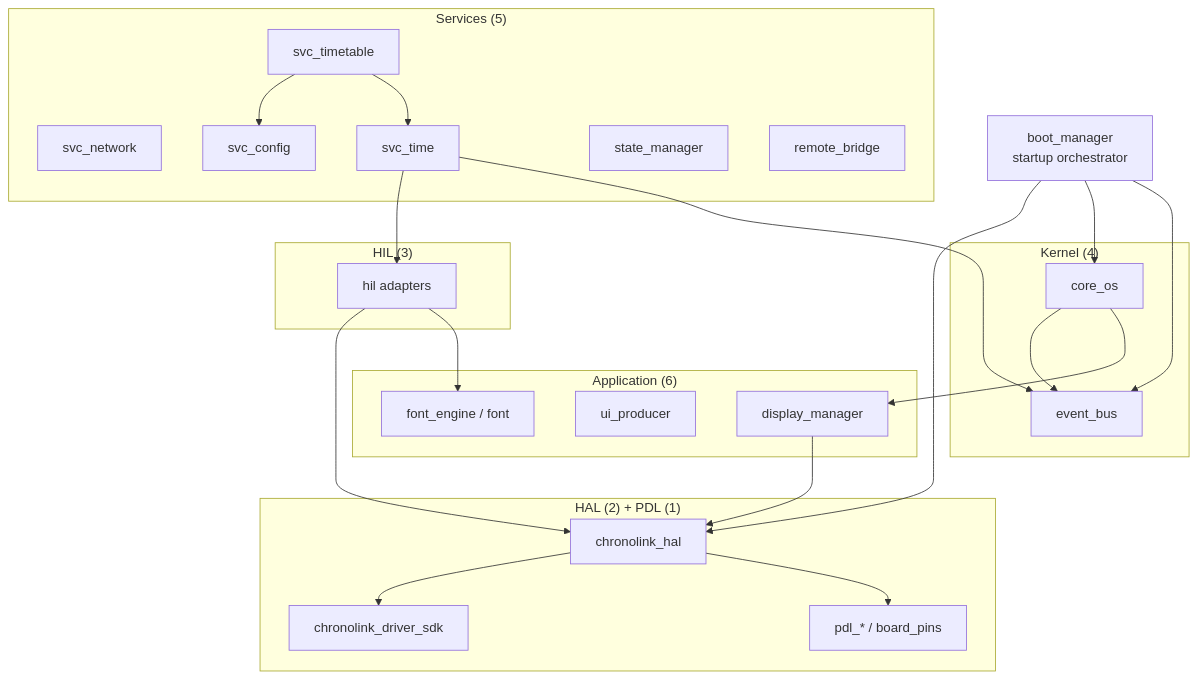
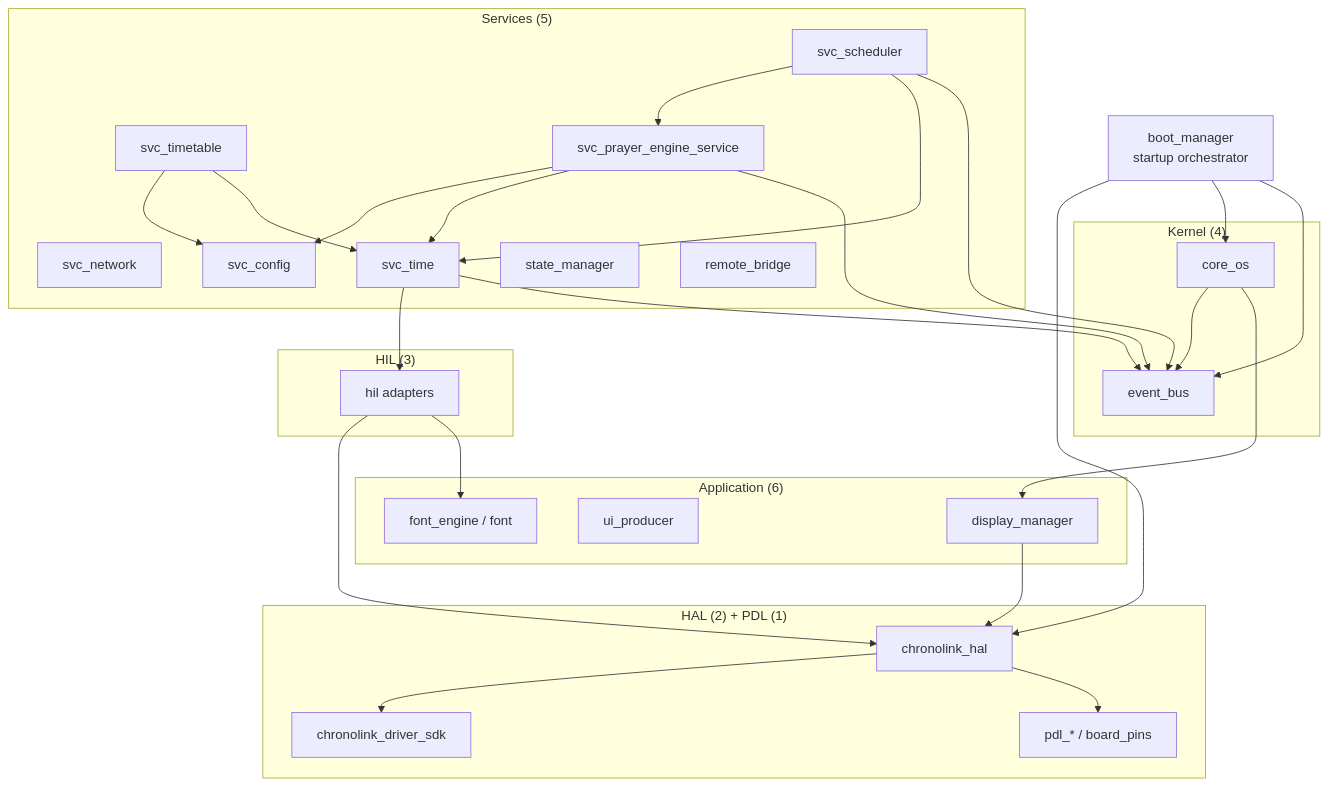
The diagram in docs/Architecture.md (salmankha19/chronolink-v4-os-mirror), drawn with Mermaid before and after one commit. The commit also changed other lines of this file and 17 other files, not shown here.

First line of the commit message:
feat(svc_scheduler): 1 Hz poller with epoch-guard DST safety (#116)

````diff
--- a/docs/Architecture.md
+++ b/docs/Architecture.md
@@ -57,44 +57,52 @@
 ```mermaid
 flowchart TB
     subgraph APP["Application (6)"]
         DM[display_manager]
         UIP[ui_producer]
         FE[font_engine / font]
     end
     subgraph SVC["Services (5)"]
         NET[svc_network]
         TIME[svc_time]
         CFG[svc_config]
         SM[state_manager]
         TT[svc_timetable]
+        PES[svc_prayer_engine_service]
+        SCH[svc_scheduler]
         RB[remote_bridge]
     end
     subgraph KERN["Kernel (4)"]
         CORE[core_os]
         EB[event_bus]
     end
     subgraph HIL["HIL (3)"]
         HILC[hil adapters]
     end
     subgraph HAL["HAL (2) + PDL (1)"]
         HALC[chronolink_hal]
         SDK[chronolink_driver_sdk]
         PDL[pdl_* / board_pins]
     end
     BOOT[boot_manager<br/>startup orchestrator]
 
     BOOT --> HALC
     BOOT --> CORE
     BOOT --> EB
     CORE --> EB
     CORE --> DM
     DM --> HALC
     TIME --> HILC
     TT --> CFG
     TT --> TIME
+    PES --> CFG
+    PES --> TIME
+    PES --> EB
+    SCH --> PES
+    SCH --> TIME
+    SCH --> EB
     TIME --> EB
     HILC --> HALC
     HILC --> FE
     HALC --> SDK
     HALC --> PDL
 ```
````
